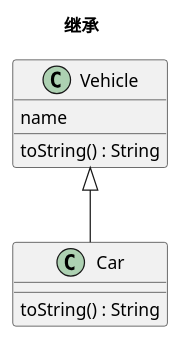
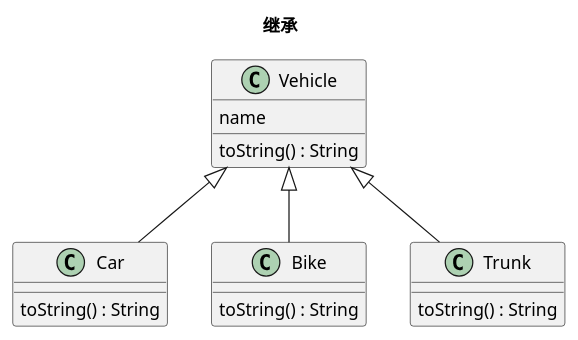
The diagram in design-pattern-and-best-practices-in-java/ch01/uml/继承.puml (Castlebin/design-pattern), drawn with PlantUML before and after one commit.

Commit message:
继承 - uml 图

```diff
--- a/design-pattern-and-best-practices-in-java/ch01/uml/继承.puml
+++ b/design-pattern-and-best-practices-in-java/ch01/uml/继承.puml
@@ -1,17 +1,27 @@
 @startuml
 'https://plantuml.com/class-diagram
 
 title 继承
 
 class Vehicle {
   name
   toString() : String
 }
 
 class Car {
   toString() : String
 }
 
+class Bike {
+  toString() : String
+}
+
+class Trunk {
+  toString() : String
+}
+
 Vehicle <|-- Car
+Vehicle <|-- Bike
+Vehicle <|-- Trunk
 
 @enduml
```
